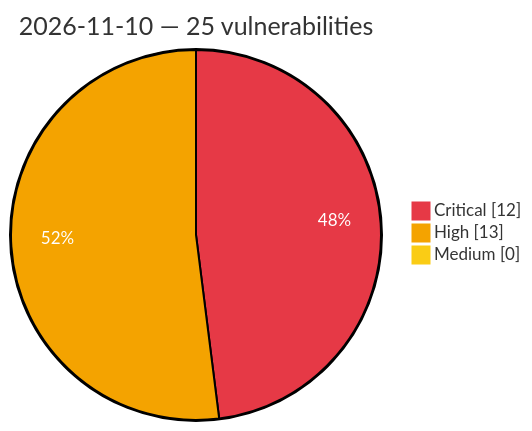
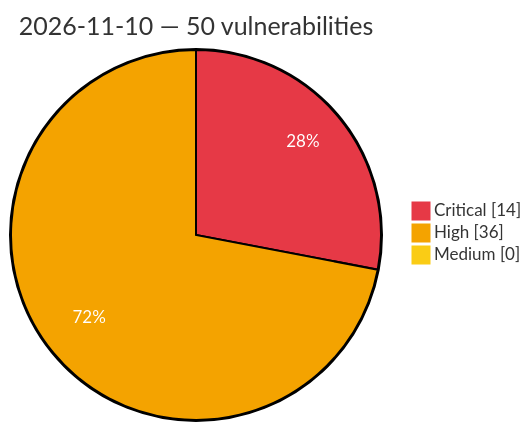
One commit to GhostX0X/vuln-tracker changed the diagram in vulnerabilities/2026/November/2026-11-10.md. Above: the diagram before and after it, drawn with Mermaid. The commit also changed other lines of this file and 5 other files, not shown here.

Commit message:
Auto update: critical/high vulns (2026-11-10 10:26 UTC)

````diff
--- a/vulnerabilities/2026/November/2026-11-10.md
+++ b/vulnerabilities/2026/November/2026-11-10.md
@@ -3,8 +3,8 @@
 ```mermaid
 %%{init: {'theme':'base', 'themeVariables': {'pie1':'#e63946', 'pie2':'#f4a300', 'pie3':'#facc15', 'pieOpacity':'1', 'pieOuterStrokeWidth':'2px', 'pieSectionTextColor':'#ffffff'}}}%%
 pie showData
-    title 2026-11-10 — 25 vulnerabilities
-    "Critical" : 12
-    "High" : 13
+    title 2026-11-10 — 50 vulnerabilities
+    "Critical" : 14
+    "High" : 36
     "Medium" : 0
 ```
````
